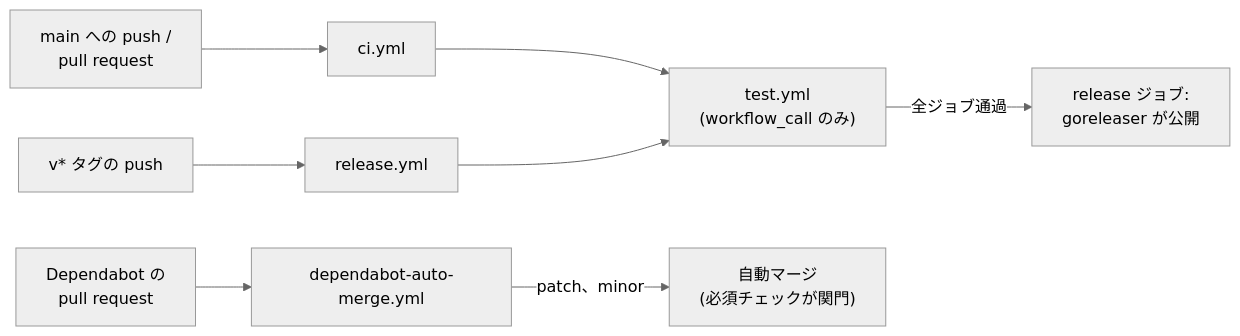
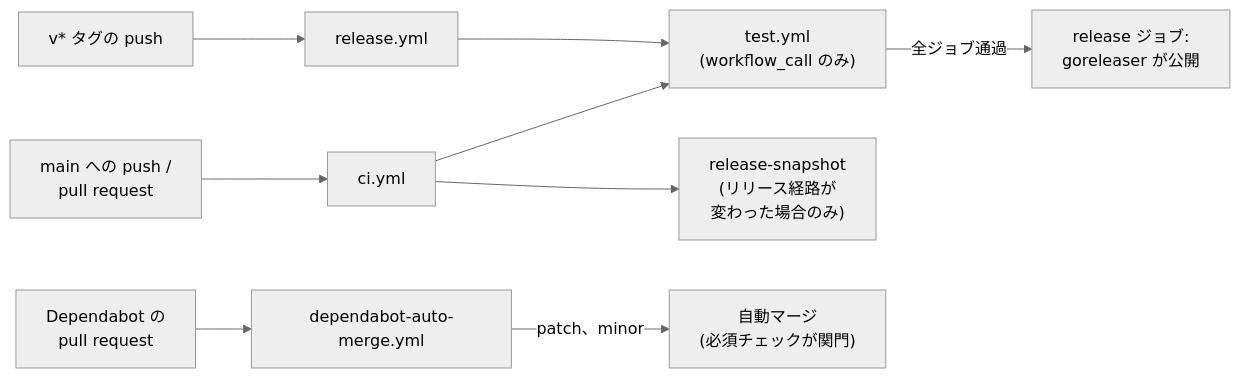
Before and after one commit to moepig/cheapskate: the diagram in docs/ja/development/github-actions.md, drawn with Mermaid (neutral theme). The commit also changed other lines of this file and 22 other files, not shown here.

````diff
--- a/docs/ja/development/github-actions.md
+++ b/docs/ja/development/github-actions.md
@@ -21,16 +25,19 @@
 ```mermaid
 flowchart LR
     push["main への push /
     pull request"] --> ci["ci.yml"]
     pr["Dependabot の
     pull request"] --> am["dependabot-auto-merge.yml"]
     tag["v* タグの push"] --> rel["release.yml"]
 
     ci --> test["test.yml
     (workflow_call のみ)"]
+    ci --> snap["release-snapshot
+    (リリース経路が
+    変わった場合のみ)"]
     rel --> test
     test -- "全ジョブ通過" --> gor["release ジョブ:
     goreleaser が公開"]
     am -- "patch、minor" --> auto["自動マージ
     (必須チェックが関門)"]
 ```
````
